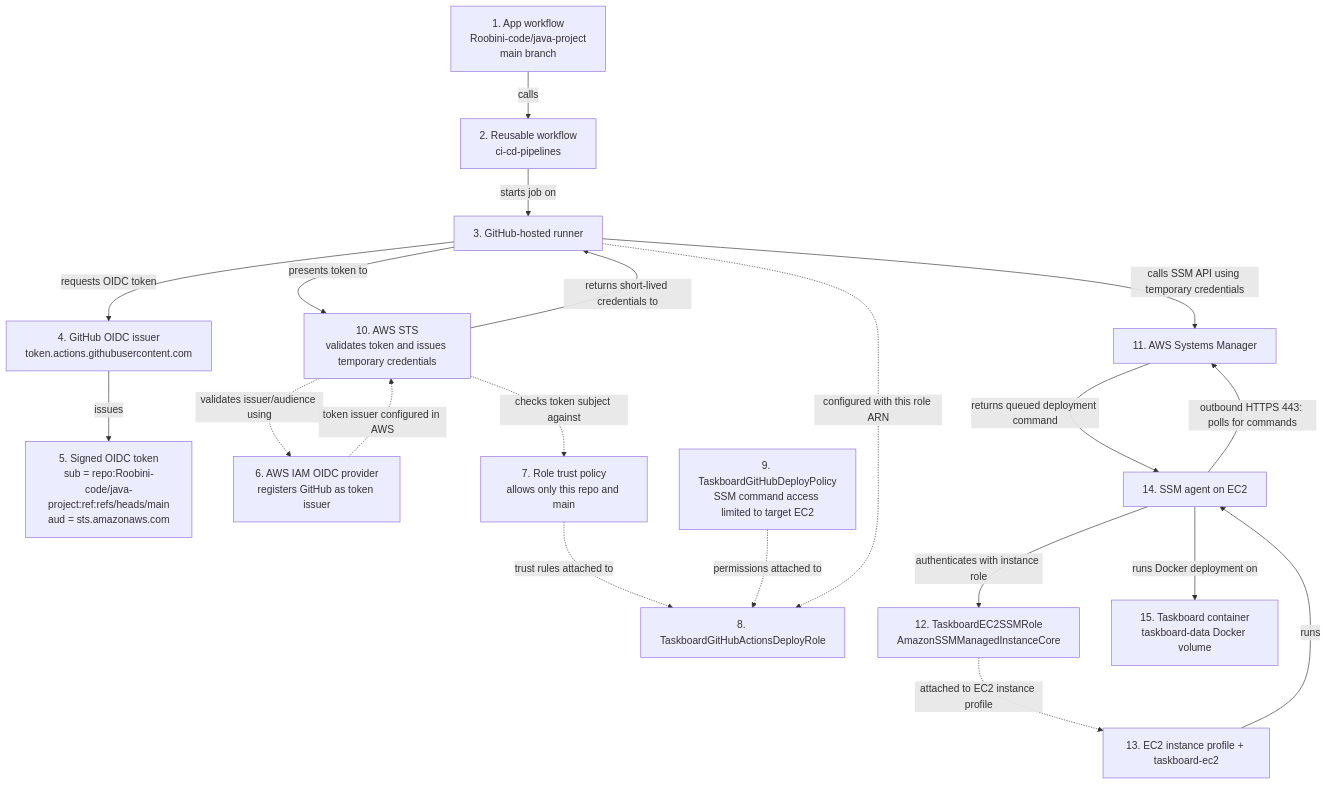
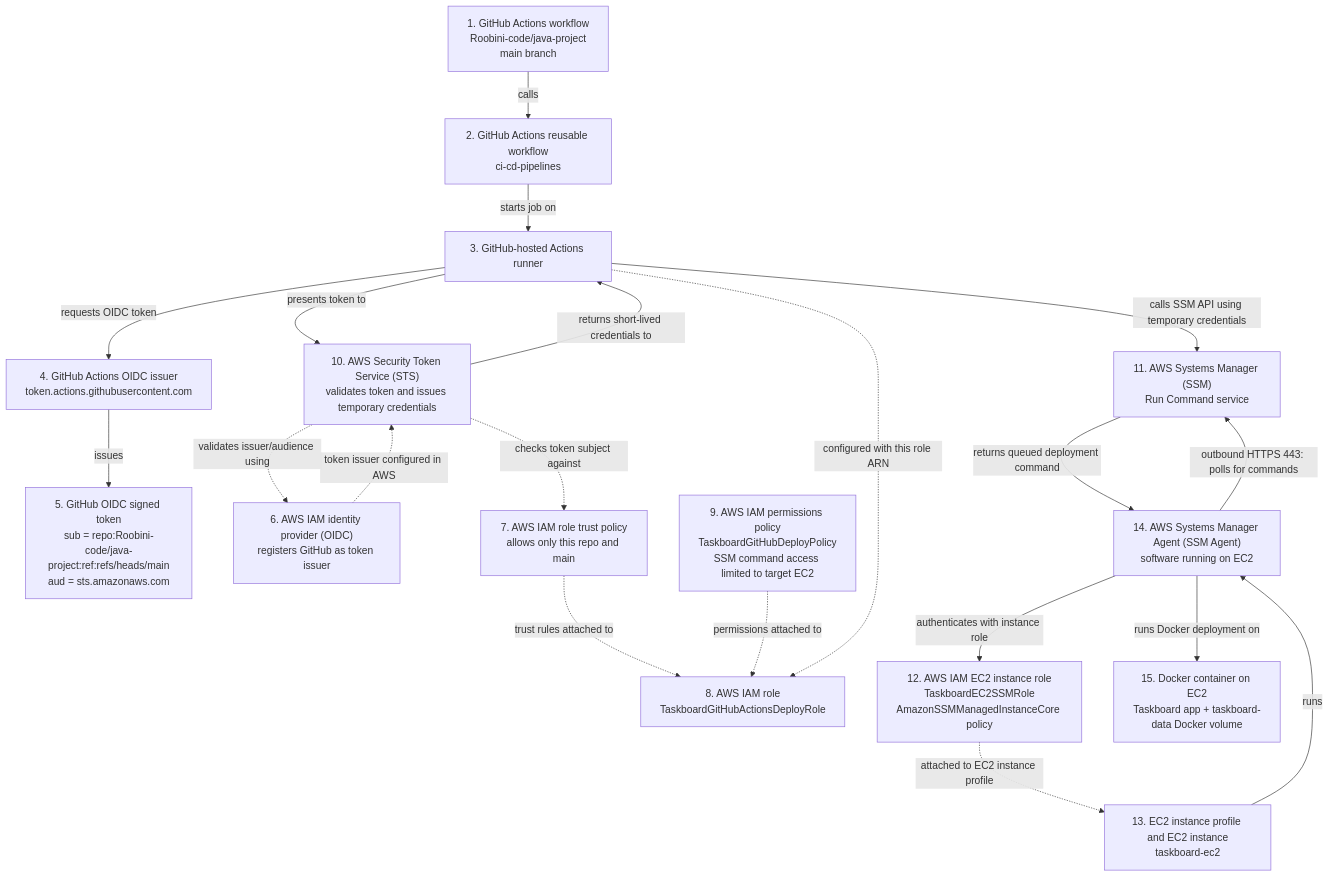
Before and after one commit to Roobini-code/ci-cd-pipelines: the first of 3 diagrams in doc/TASKBOARD-AWS-GITHUB-ACTIONS-INFRASTRUCTURE.md, drawn with Mermaid. The commit also changed other lines of this file, not shown here.

Commit message:
updated flow

````diff
--- a/doc/TASKBOARD-AWS-GITHUB-ACTIONS-INFRASTRUCTURE.md
+++ b/doc/TASKBOARD-AWS-GITHUB-ACTIONS-INFRASTRUCTURE.md
@@ -74,38 +74,38 @@
 ```mermaid
 flowchart TB
-  APP["1. App workflow<br/>Roobini-code/java-project<br/>main branch"]
-  REUSABLE["2. Reusable workflow<br/>ci-cd-pipelines"]
-  RUNNER["3. GitHub-hosted runner"]
-  ISSUER["4. GitHub OIDC issuer<br/>token.actions.githubusercontent.com"]
-  TOKEN["5. Signed OIDC token<br/>sub = repo:Roobini-code/java-project:ref:refs/heads/main<br/>aud = sts.amazonaws.com"]
-  PROVIDER["6. AWS IAM OIDC provider<br/>registers GitHub as token issuer"]
-  TRUST["7. Role trust policy<br/>allows only this repo and main"]
-  ROLE["8. TaskboardGitHubActionsDeployRole"]
-  POLICY["9. TaskboardGitHubDeployPolicy<br/>SSM command access limited to target EC2"]
-  STS["10. AWS STS<br/>validates token and issues temporary credentials"]
-  SSM["11. AWS Systems Manager"]
-  EC2ROLE["12. TaskboardEC2SSMRole<br/>AmazonSSMManagedInstanceCore"]
-  INSTANCE["13. EC2 instance profile + taskboard-ec2"]
-  AGENT["14. SSM agent on EC2"]
-  APP_CONTAINER["15. Taskboard container<br/>taskboard-data Docker volume"]
+  APP["1. GitHub Actions workflow<br/>Roobini-code/java-project<br/>main branch"]
+  REUSABLE["2. GitHub Actions reusable workflow<br/>ci-cd-pipelines"]
+  RUNNER["3. GitHub-hosted Actions runner"]
+  ISSUER["4. GitHub Actions OIDC issuer<br/>token.actions.githubusercontent.com"]
+  TOKEN["5. GitHub OIDC signed token<br/>sub = repo:Roobini-code/java-project:ref:refs/heads/main<br/>aud = sts.amazonaws.com"]
+  PROVIDER["6. AWS IAM identity provider (OIDC)<br/>registers GitHub as token issuer"]
+  TRUST["7. AWS IAM role trust policy<br/>allows only this repo and main"]
+  ROLE["8. AWS IAM role<br/>TaskboardGitHubActionsDeployRole"]
+  POLICY["9. AWS IAM permissions policy<br/>TaskboardGitHubDeployPolicy<br/>SSM command access limited to target EC2"]
+  STS["10. AWS Security Token Service (STS)<br/>validates token and issues temporary credentials"]
+  SSM["11. AWS Systems Manager (SSM)<br/>Run Command service"]
+  EC2ROLE["12. AWS IAM EC2 instance role<br/>TaskboardEC2SSMRole<br/>AmazonSSMManagedInstanceCore policy"]
+  INSTANCE["13. EC2 instance profile and EC2 instance<br/>taskboard-ec2"]
+  AGENT["14. AWS Systems Manager Agent (SSM Agent)<br/>software running on EC2"]
+  APP_CONTAINER["15. Docker container on EC2<br/>Taskboard app + taskboard-data Docker volume"]
 
   APP -->|"calls"| REUSABLE
   REUSABLE -->|"starts job on"| RUNNER
   RUNNER -->|"requests OIDC token"| ISSUER
   ISSUER -->|"issues"| TOKEN
   RUNNER -->|"presents token to"| STS
   PROVIDER -. "token issuer configured in AWS" .-> STS
   STS -. "validates issuer/audience using" .-> PROVIDER
   TRUST -. "trust rules attached to" .-> ROLE
   POLICY -. "permissions attached to" .-> ROLE
   STS -. "checks token subject against" .-> TRUST
   STS -->|"returns short-lived credentials to"| RUNNER
   RUNNER -->|"calls SSM API using temporary credentials"| SSM
   RUNNER -. "configured with this role ARN" .-> ROLE
   EC2ROLE -. "attached to EC2 instance profile" .-> INSTANCE
   INSTANCE -->|"runs"| AGENT
   AGENT -->|"authenticates with instance role"| EC2ROLE
   AGENT -->|"outbound HTTPS 443: polls for commands"| SSM
   SSM -->|"returns queued deployment command"| AGENT
   AGENT -->|"runs Docker deployment on"| APP_CONTAINER
 ```
````
